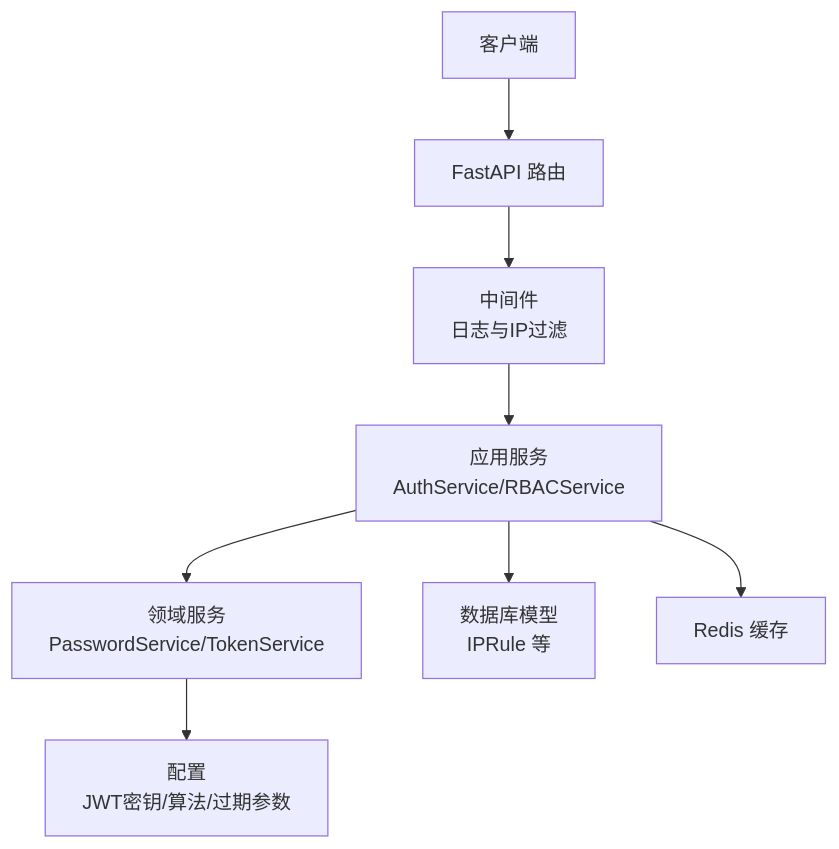
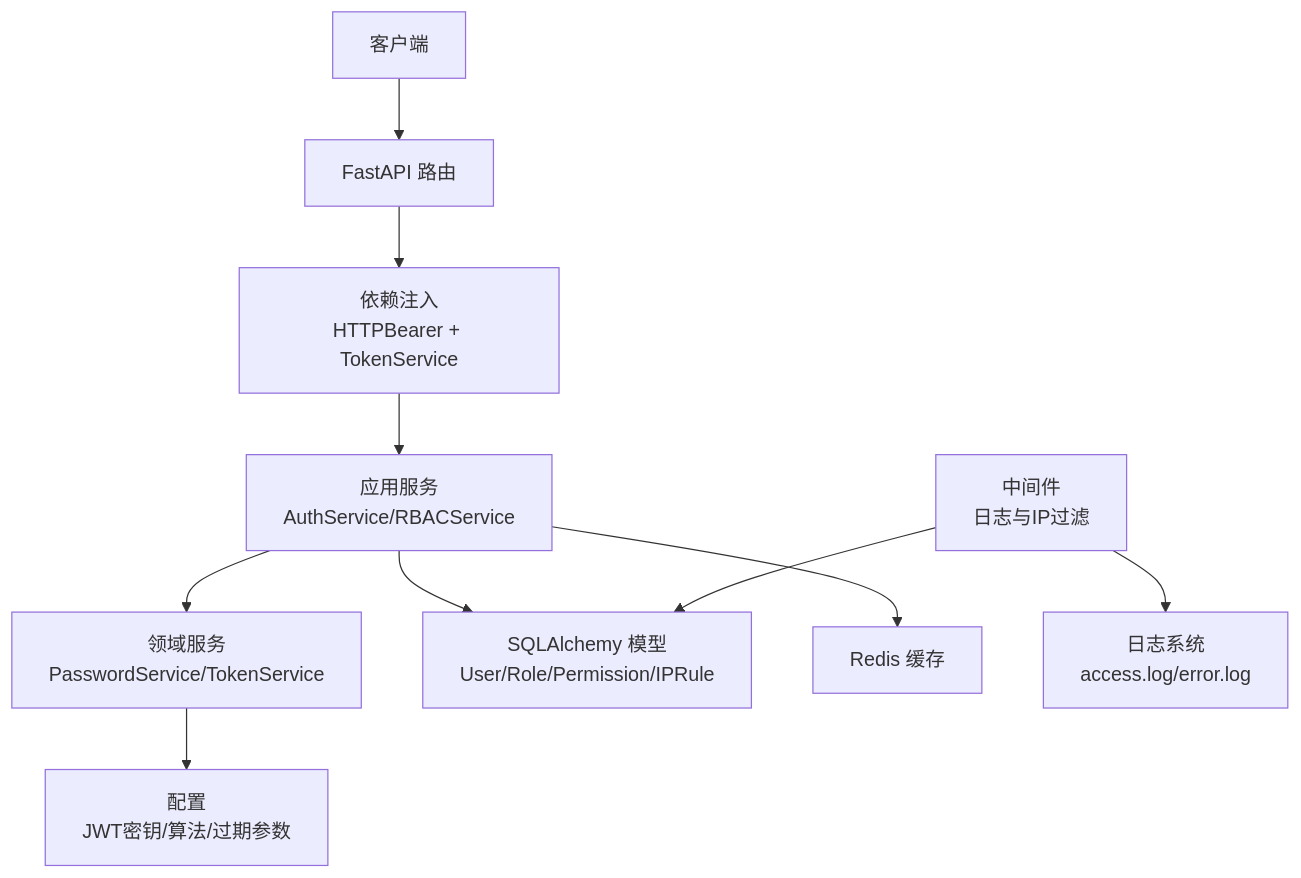
Before and after one commit to taoweidong/Hello-FastApi: the second of 8 diagrams in .qoder/repowiki/zh/content/数据模型设计/安全实体模型.md, drawn with Mermaid. The commit also changed other lines of this file and 11 other files, not shown here.

````diff
--- a/.qoder/repowiki/zh/content/数据模型设计/安全实体模型.md
+++ b/.qoder/repowiki/zh/content/数据模型设计/安全实体模型.md
@@ -119,10 +167,12 @@
 ```mermaid
 graph TB
 Client["客户端"] --> API["FastAPI 路由"]
-API --> MW["中间件<br/>日志与IP过滤"]
-MW --> Service["应用服务<br/>AuthService/RBACService"]
+API --> DI["依赖注入<br/>HTTPBearer + TokenService"]
+DI --> Service["应用服务<br/>AuthService/RBACService"]
 Service --> Domain["领域服务<br/>PasswordService/TokenService"]
-Service --> DB["数据库模型<br/>IPRule 等"]
+Service --> DB["SQLAlchemy 模型<br/>User/Role/Permission/IPRule"]
 Service --> Cache["Redis 缓存"]
 Domain --> Config["配置<br/>JWT密钥/算法/过期参数"]
+MW["中间件<br/>日志与IP过滤"] --> DB
+MW --> LG["日志系统<br/>access.log/error.log"]
 ```
````
